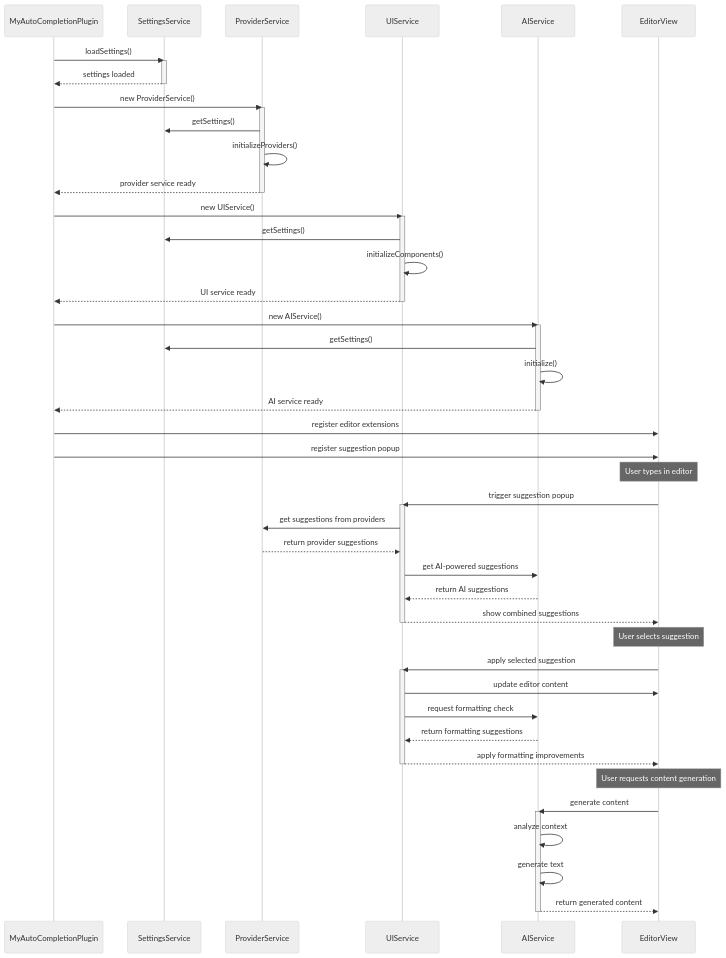
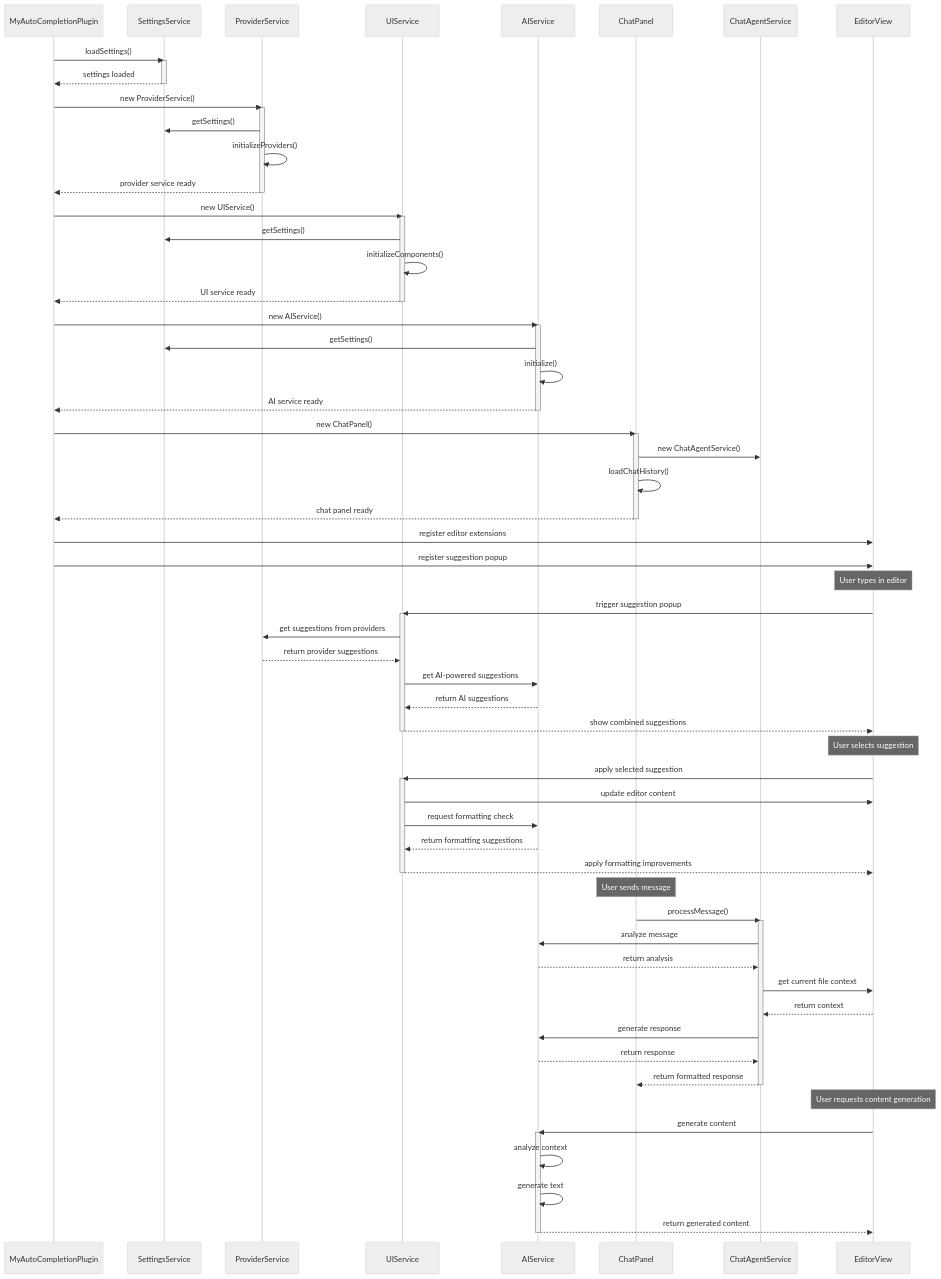
The second of 2 diagrams in docs/architecture.md (effzehljmc/my-auto-completion-plugin), drawn with Mermaid (neutral theme) before and after one commit. The commit also changed other lines of this file and 16 other files, not shown here.

```diff
--- a/docs/architecture.md
+++ b/docs/architecture.md
@@ -85,6 +120,8 @@
     participant Provider as ProviderService
     participant UI as UIService
     participant AI as AIService
+    participant Chat as ChatPanel
+    participant Agent as ChatAgentService
     participant Editor as EditorView
 
     Plugin->>Settings: loadSettings()
@@ -113,6 +150,13 @@
     AI-->>Plugin: AI service ready
     deactivate AI
 
+    Plugin->>Chat: new ChatPanel()
+    activate Chat
+    Chat->>Agent: new ChatAgentService()
+    Chat->>Chat: loadChatHistory()
+    Chat-->>Plugin: chat panel ready
+    deactivate Chat
+
     Plugin->>Editor: register editor extensions
     Plugin->>Editor: register suggestion popup
 
@@ -137,6 +181,19 @@
     UI-->>Editor: apply formatting improvements
     deactivate UI
 
+    Note over Chat: User sends message
+
+    Chat->>Agent: processMessage()
+    activate Agent
+    Agent->>AI: analyze message
+    AI-->>Agent: return analysis
+    Agent->>Editor: get current file context
+    Editor-->>Agent: return context
+    Agent->>AI: generate response
+    AI-->>Agent: return response
+    Agent-->>Chat: return formatted response
+    deactivate Agent
+
     Note over Editor: User requests content generation
 
     Editor->>AI: generate content
```
